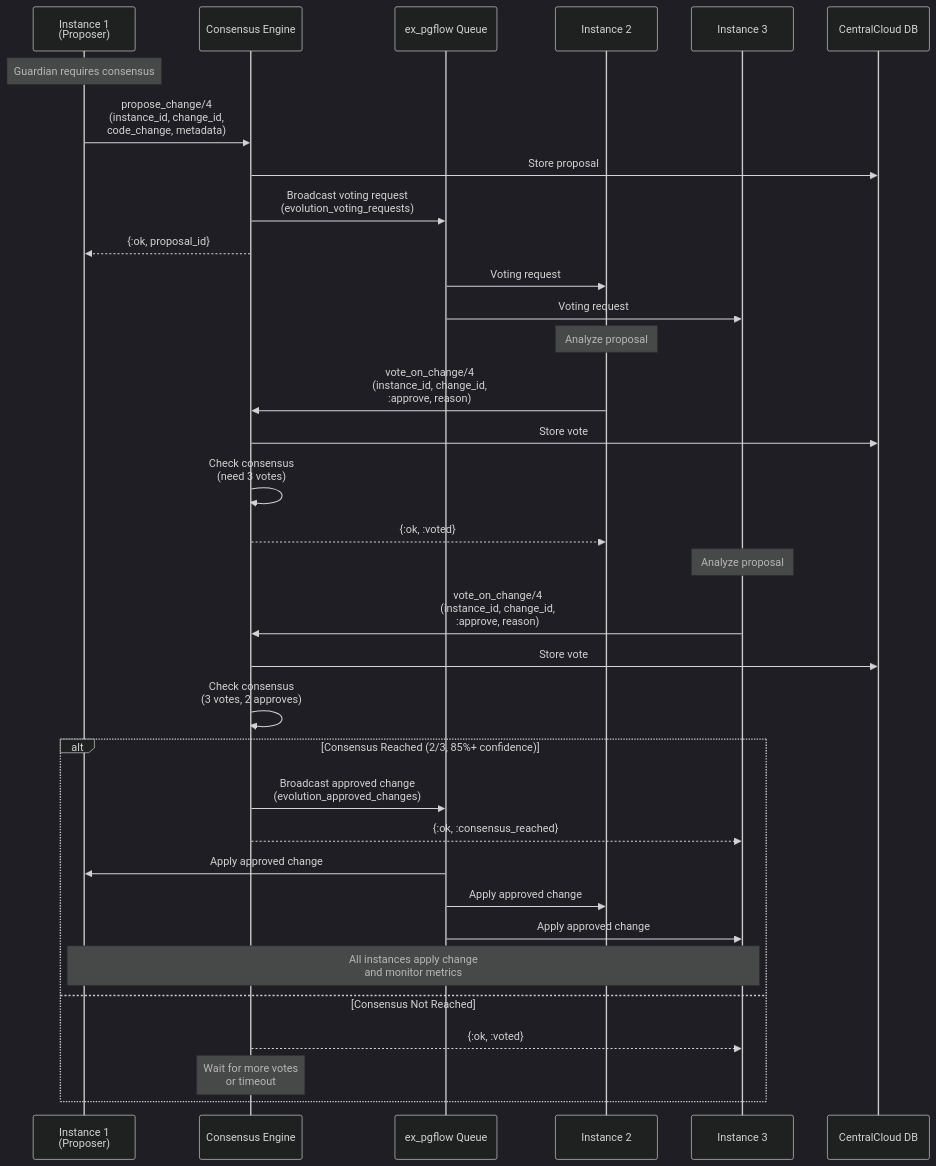
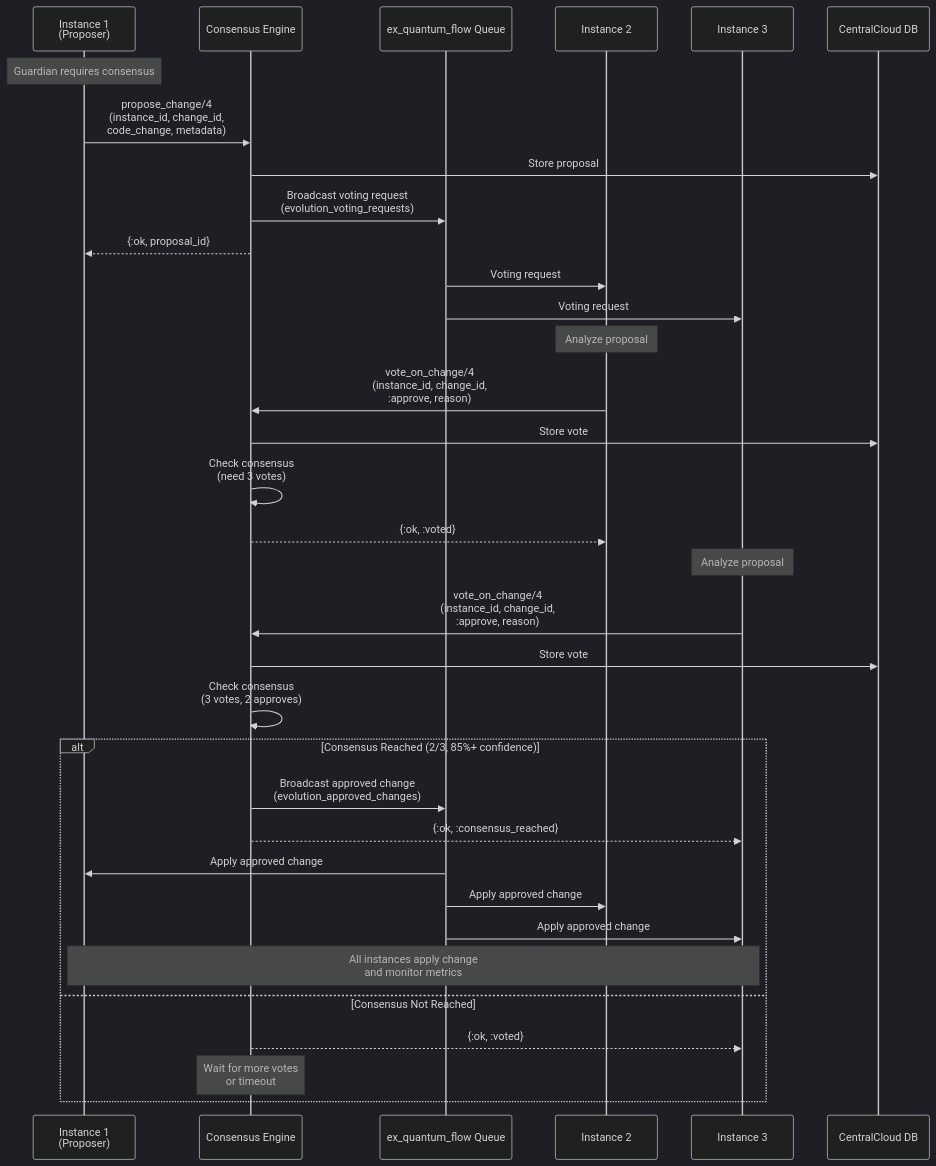
The fourth of 6 diagrams in CENTRAL_EVOLUTION_DECISION_TREE.md (mikkihugo/ex_llm), drawn with Mermaid (dark theme) before and after one commit. The commit also changed other lines of this file and 289 other files, not shown here.

First line of the commit message:
Rename ex_pgflow package to ex_quantum_flow

````diff
--- a/CENTRAL_EVOLUTION_DECISION_TREE.md
+++ b/CENTRAL_EVOLUTION_DECISION_TREE.md
@@ -149,47 +149,47 @@
 ```mermaid
 sequenceDiagram
     participant I1 as Instance 1<br/>(Proposer)
     participant CE as Consensus Engine
-    participant PG as ex_pgflow Queue
+    participant PG as ex_quantum_flow Queue
     participant I2 as Instance 2
     participant I3 as Instance 3
     participant DB as CentralCloud DB
 
     Note over I1: Guardian requires consensus
 
     I1->>CE: propose_change/4<br/>(instance_id, change_id,<br/>code_change, metadata)
 
     CE->>DB: Store proposal
     CE->>PG: Broadcast voting request<br/>(evolution_voting_requests)
     CE-->>I1: {:ok, proposal_id}
 
     PG->>I2: Voting request
     PG->>I3: Voting request
 
     Note over I2: Analyze proposal
 
     I2->>CE: vote_on_change/4<br/>(instance_id, change_id,<br/>:approve, reason)
     CE->>DB: Store vote
     CE->>CE: Check consensus<br/>(need 3 votes)
     CE-->>I2: {:ok, :voted}
 
     Note over I3: Analyze proposal
 
     I3->>CE: vote_on_change/4<br/>(instance_id, change_id,<br/>:approve, reason)
     CE->>DB: Store vote
     CE->>CE: Check consensus<br/>(3 votes, 2 approves)
 
     alt Consensus Reached (2/3, 85%+ confidence)
         CE->>PG: Broadcast approved change<br/>(evolution_approved_changes)
         CE-->>I3: {:ok, :consensus_reached}
 
         PG->>I1: Apply approved change
         PG->>I2: Apply approved change
         PG->>I3: Apply approved change
 
         Note over I1,I3: All instances apply change<br/>and monitor metrics
     else Consensus Not Reached
         CE-->>I3: {:ok, :voted}
         Note over CE: Wait for more votes<br/>or timeout
     end
 ```
````
